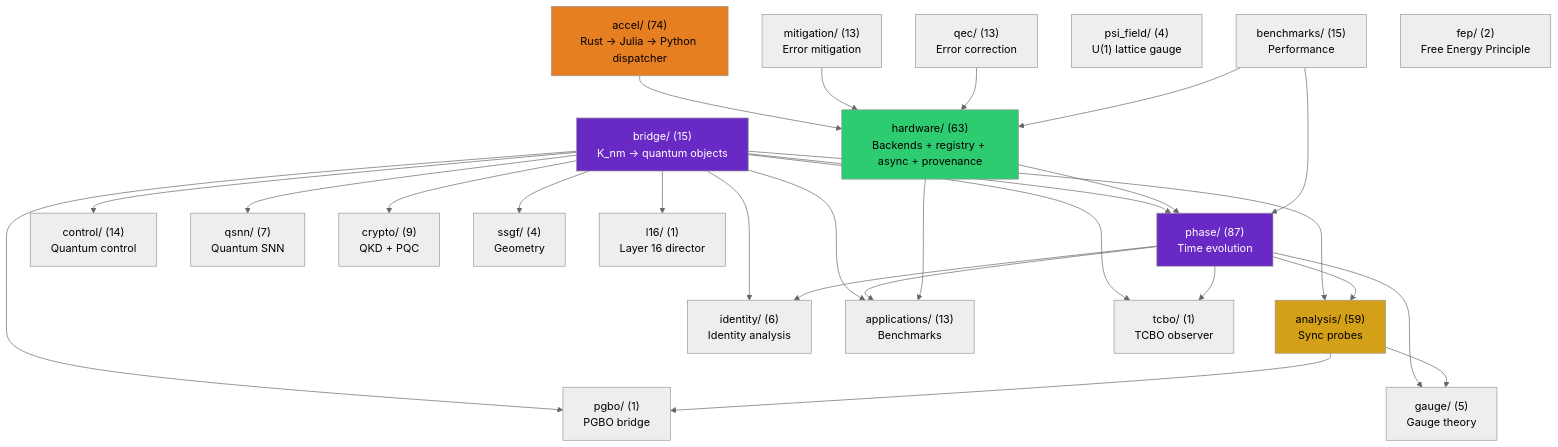
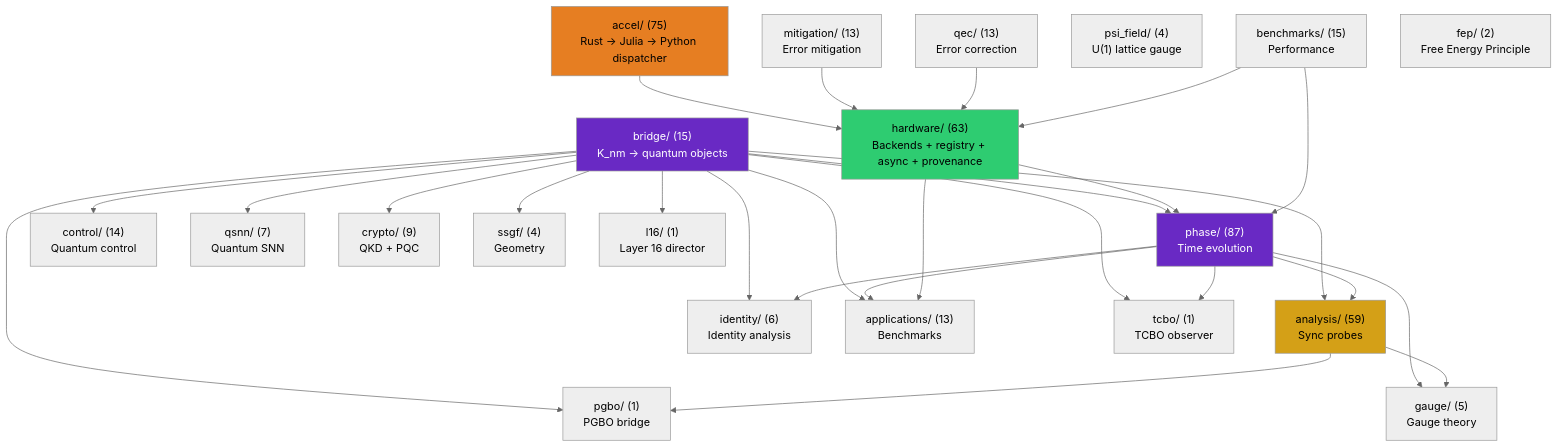
The first of 4 diagrams in docs/architecture.md (anulum/scpn-quantum-control), drawn with Mermaid (neutral theme) before and after one commit. The commit also changed 8 other files, not shown here.

````diff
--- a/docs/architecture.md
+++ b/docs/architecture.md
@@ -91,55 +91,55 @@
 ```mermaid
 graph TD
     bridge["bridge/ (15)\nK_nm → quantum objects"]
     phase["phase/ (87)\nTime evolution"]
     analysis["analysis/ (59)\nSync probes"]
     control["control/ (14)\nQuantum control"]
     qsnn["qsnn/ (7)\nQuantum SNN"]
     identity["identity/ (6)\nIdentity analysis"]
     hardware["hardware/ (63)\nBackends + registry + async + provenance"]
     mitigation["mitigation/ (13)\nError mitigation"]
     qec["qec/ (13)\nError correction"]
     gauge["gauge/ (5)\nGauge theory"]
     apps["applications/ (13)\nBenchmarks"]
     crypto["crypto/ (9)\nQKD + PQC"]
     benchmarks["benchmarks/ (15)\nPerformance"]
     ssgf["ssgf/ (4)\nGeometry"]
     psi_field["psi_field/ (4)\nU(1) lattice gauge"]
-    accel["accel/ (74)\nRust → Julia → Python dispatcher"]
+    accel["accel/ (75)\nRust → Julia → Python dispatcher"]
     fep["fep/ (2)\nFree Energy Principle"]
     tcbo["tcbo/ (1)\nTCBO observer"]
     pgbo["pgbo/ (1)\nPGBO bridge"]
     l16["l16/ (1)\nLayer 16 director"]
 
     bridge --> phase
     bridge --> analysis
     bridge --> control
     bridge --> qsnn
     bridge --> identity
     bridge --> apps
     bridge --> crypto
     bridge --> ssgf
     phase --> analysis
     phase --> identity
     phase --> apps
     phase --> gauge
     analysis --> gauge
     hardware --> phase
     hardware --> apps
     accel --> hardware
     mitigation --> hardware
     qec --> hardware
     benchmarks --> phase
     benchmarks --> hardware
     bridge --> tcbo
     bridge --> pgbo
     bridge --> l16
     phase --> tcbo
     analysis --> pgbo
 
     style bridge fill:#6929C4,color:#fff
     style analysis fill:#d4a017,color:#000
     style phase fill:#6929C4,color:#fff
     style hardware fill:#2ecc71,color:#000
     style accel fill:#e67e22,color:#000
 ```
````
